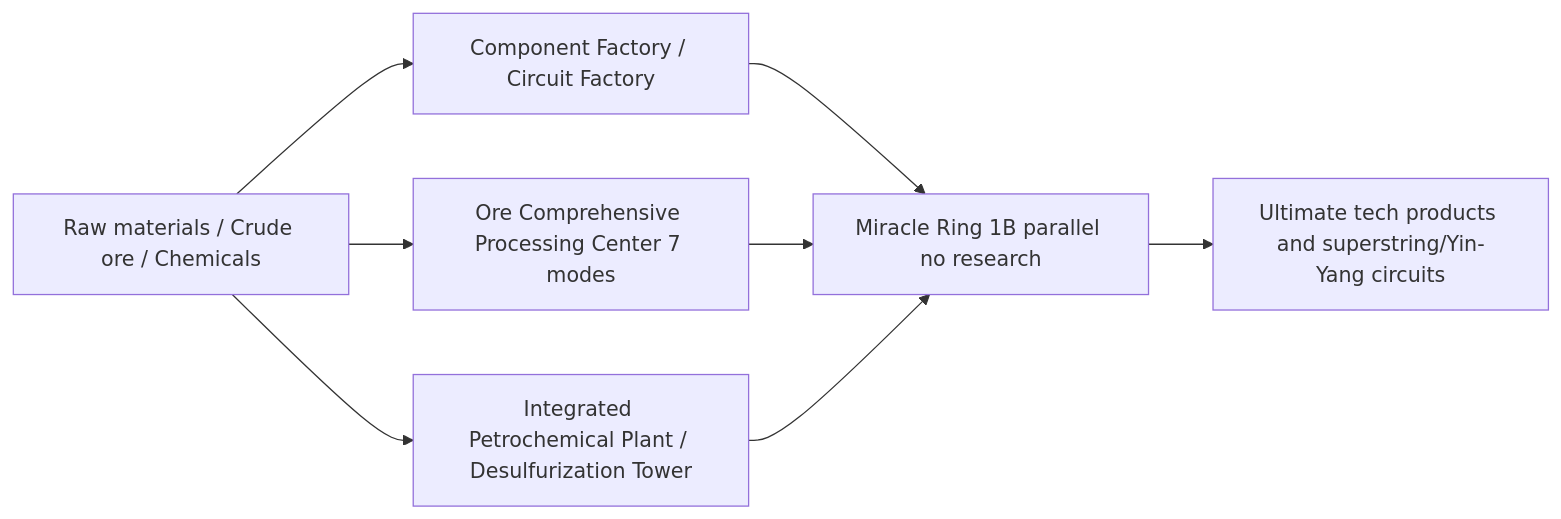
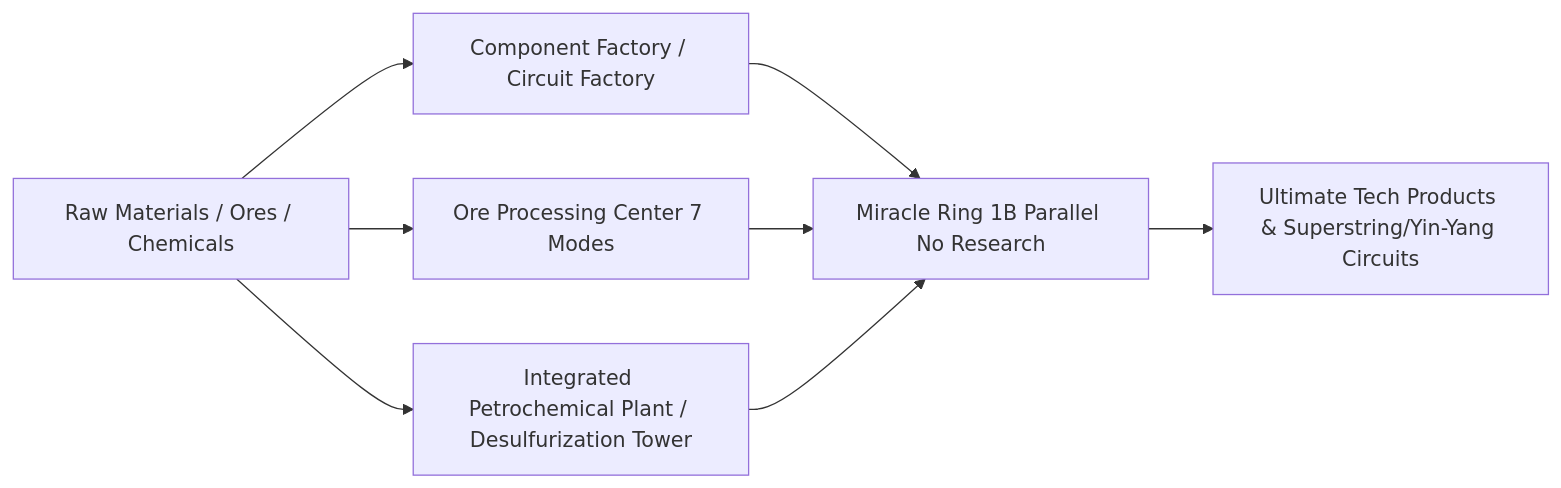
One commit to takanashisatou/GregtechEasy changed the diagram in docs/en/gtecore/machines-and-multiblocks.md. Above: the diagram before and after it, drawn with Mermaid. The commit also changed other lines of this file and 138 other files, not shown here.

````diff
--- a/docs/en/gtecore/machines-and-multiblocks.md
+++ b/docs/en/gtecore/machines-and-multiblocks.md
@@ -27,8 +27,8 @@
 ```mermaid
 graph LR
-    A[Raw materials / Crude ore / Chemicals] --> B[Component Factory / Circuit Factory]
-    A --> C[Ore Comprehensive Processing Center 7 modes]
+    A[Raw Materials / Ores / Chemicals] --> B[Component Factory / Circuit Factory]
+    A --> C[Ore Processing Center 7 Modes]
     A --> D[Integrated Petrochemical Plant / Desulfurization Tower]
-    B & C & D --> E[Miracle Ring 1B parallel no research]
-    E --> F[Ultimate tech products and superstring/Yin-Yang circuits]
+    B & C & D --> E[Miracle Ring 1B Parallel No Research]
+    E --> F[Ultimate Tech Products & Superstring/Yin-Yang Circuits]
 ```
````
